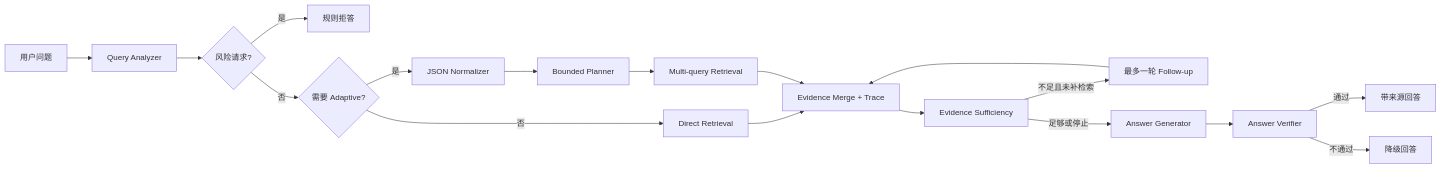
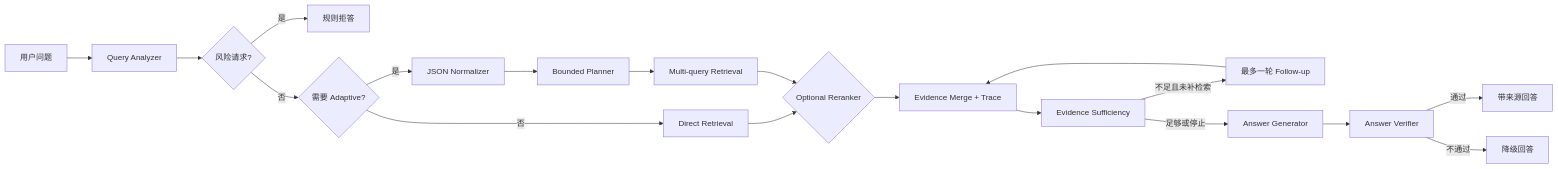
Before and after one commit to 1040942669/legal-rag-agent: the diagram in README.md, drawn with Mermaid. The commit also changed other lines of this file and 17 other files, not shown here.

````diff
--- a/README.md
+++ b/README.md
@@ -36,20 +36,21 @@
 ```mermaid
 flowchart LR
     A[用户问题] --> B[Query Analyzer]
     B --> C{风险请求?}
     C -- 是 --> R[规则拒答]
     C -- 否 --> D{需要 Adaptive?}
     D -- 否 --> E[Direct Retrieval]
     D -- 是 --> F[JSON Normalizer]
     F --> G[Bounded Planner]
     G --> H[Multi-query Retrieval]
-    E --> I[Evidence Merge + Trace]
-    H --> I
+    E --> Q{Optional Reranker}
+    H --> Q
+    Q --> I[Evidence Merge + Trace]
     I --> J[Evidence Sufficiency]
     J -- 不足且未补检索 --> K[最多一轮 Follow-up]
     K --> I
     J -- 足够或停止 --> L[Answer Generator]
     L --> M[Answer Verifier]
     M -- 通过 --> N[带来源回答]
     M -- 不通过 --> O[降级回答]
 ```
````
